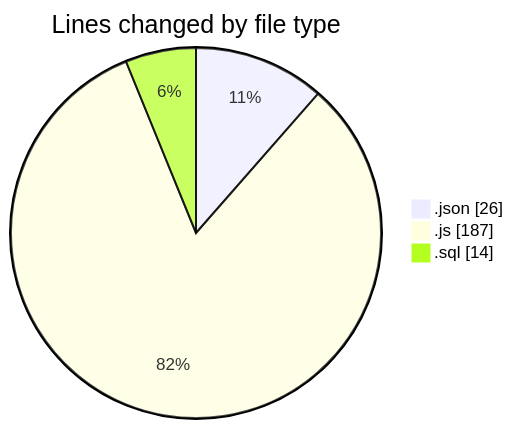
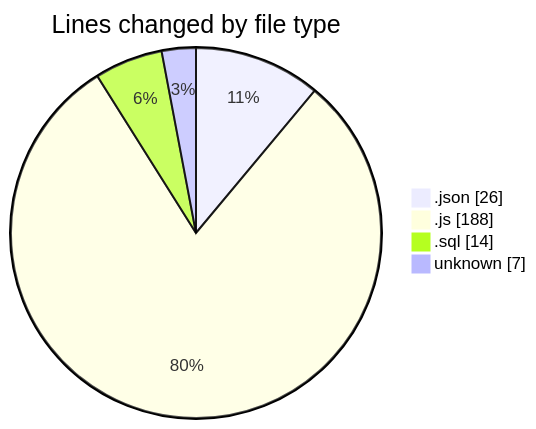
Before and after one commit to nxtqubesakshisongat/code-tracking: the first of 2 diagrams in 2025-09-10/cashcalc/README.md, drawn with Mermaid. The commit also changed other lines of this file and 1 other file, not shown here.

````diff
--- a/2025-09-10/cashcalc/README.md
+++ b/2025-09-10/cashcalc/README.md
@@ -26,7 +27,8 @@
 ```mermaid
 pie showData
 title Lines changed by file type
 ".json" : 26
-".js" : 187
+".js" : 188
 ".sql" : 14
+"unknown" : 7
 ```
````
